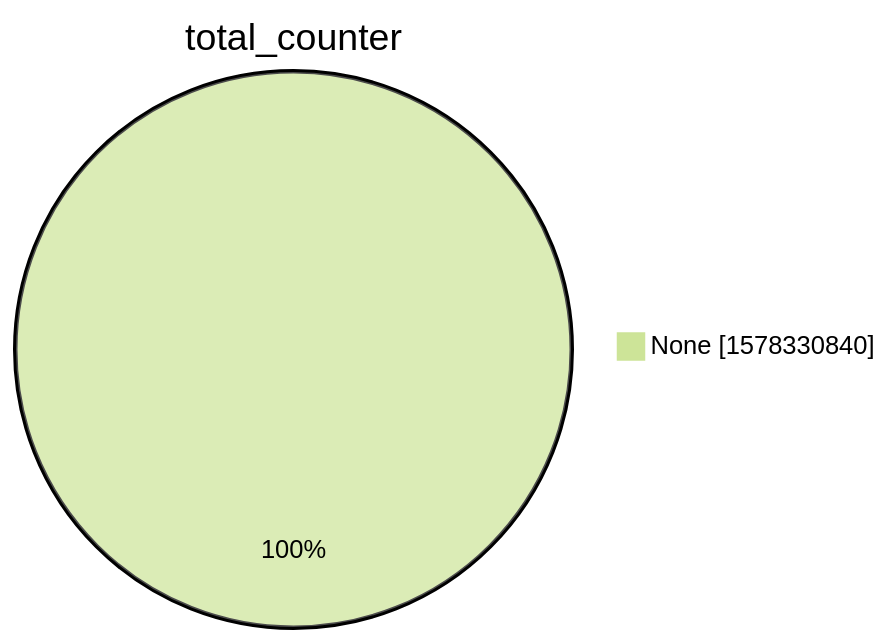
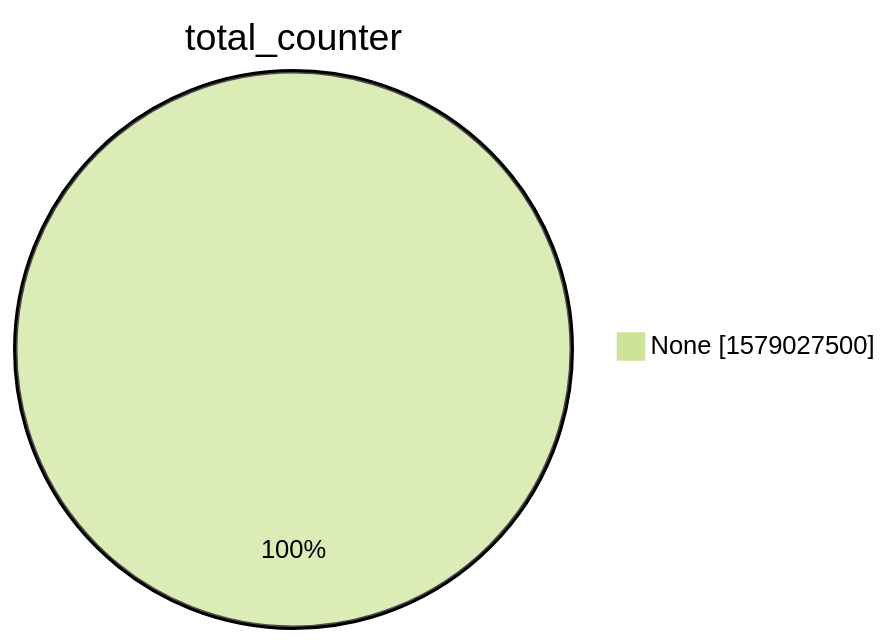
One commit to christiankrug/ctmonitor_visualization changed the second of 15 diagrams in xenon2022/README.md. Above: the diagram before and after it, drawn with Mermaid (forest theme). The commit also changed other lines of this file, not shown here.

````diff
--- a/xenon2022/README.md
+++ b/xenon2022/README.md
@@ -9,5 +9,5 @@
 ```mermaid
 pie showData
 title total_counter
-"None" :1578330840
+"None" :1579027500
 ```
````
